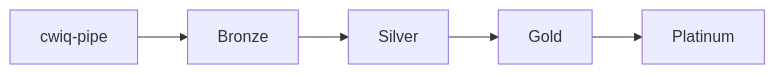
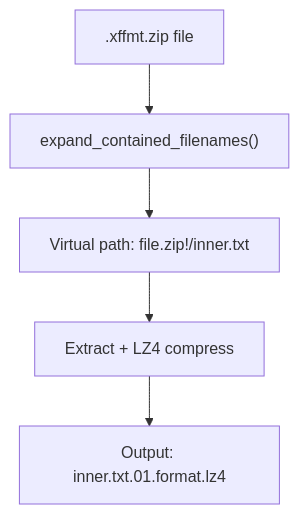
One commit to ThanuMahee12/AgentContext changed the diagram in docs/Claude/discussions/GicsDiscussion.md. Above: the diagram before and after it, drawn with Mermaid. The commit also changed other lines of this file, not shown here.

````diff
--- a/docs/Claude/discussions/GicsDiscussion.md
+++ b/docs/Claude/discussions/GicsDiscussion.md
@@ -13,7 +13,7 @@
 ```mermaid
-graph LR
-    A[cwiq-pipe] --> B[Bronze]
-    B --> C[Silver]
-    C --> D[Gold]
-    D --> E[Platinum]
+graph TD
+    A[".xffmt.zip file"] --> B["expand_contained_filenames()"]
+    B --> C["Virtual path: file.zip!/inner.txt"]
+    C --> D["Extract + LZ4 compress"]
+    D --> E["Output: inner.txt.01.format.lz4"]
 ```
````
